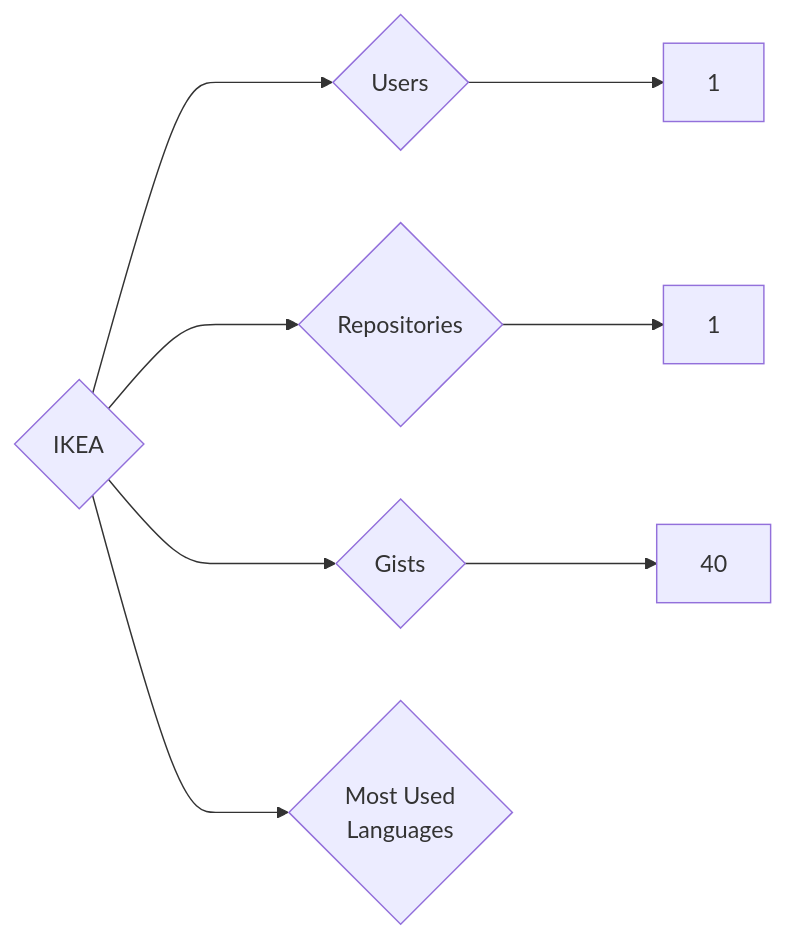
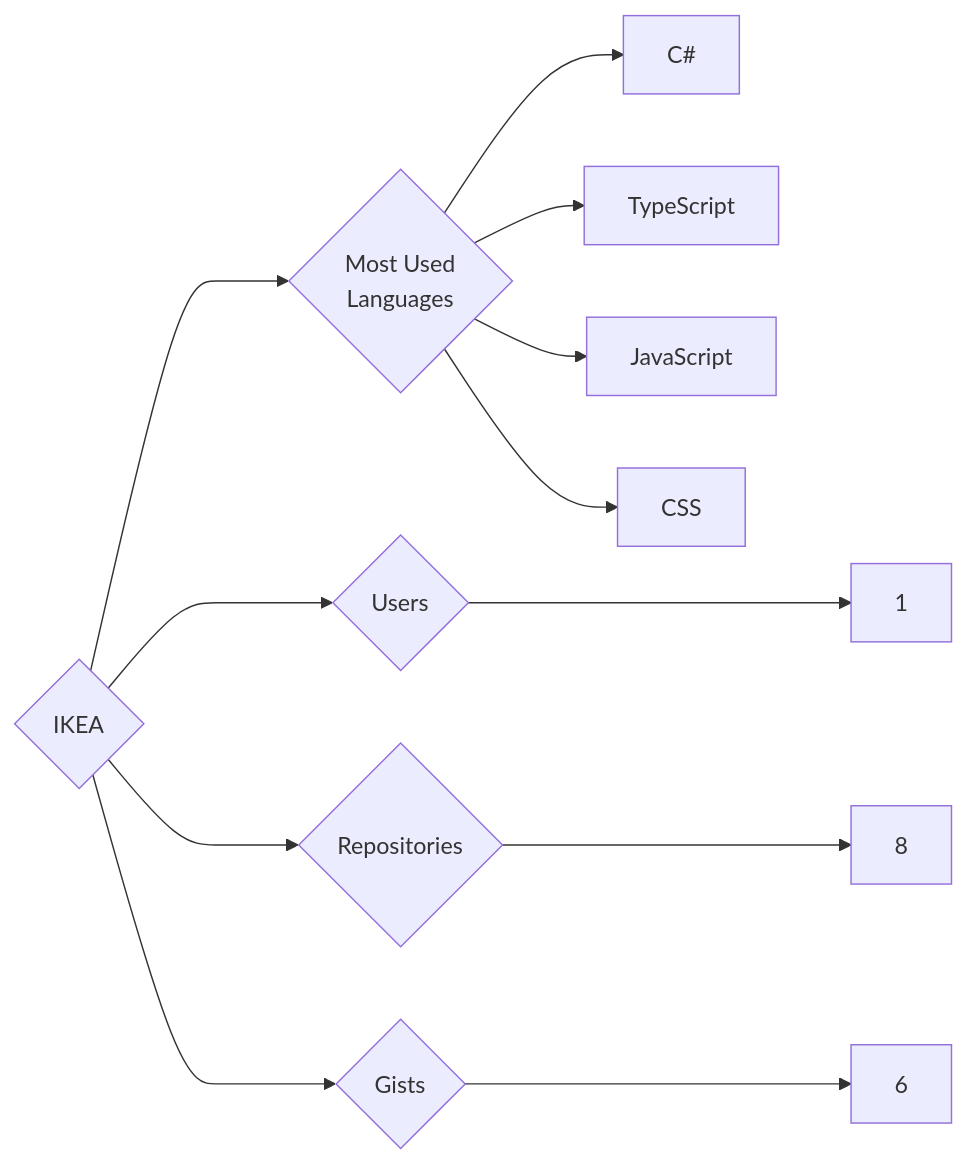
Before and after one commit to trickest/insiders: the diagram in targets/IKEA/README.md, drawn with Mermaid. The commit also changed 1123 other files, not shown here.

````diff
--- a/targets/IKEA/README.md
+++ b/targets/IKEA/README.md
@@ -3,8 +3,12 @@
 ```mermaid
 graph LR
 COMPANY_NAME{IKEA}
 COMPANY_NAME ---> U{Users} ---> UN[1]
-COMPANY_NAME ---> R{Repositories} ---> RN[1]
-COMPANY_NAME ---> G{Gists} ---> GN[40]
+COMPANY_NAME ---> R{Repositories} ---> RN[8]
+COMPANY_NAME ---> G{Gists} ---> GN[6]
 COMPANY_NAME ---> ML{Most Used<br>Languages}
+ML --> C#[C#]
+ML --> TypeScript[TypeScript]
+ML --> JavaScript[JavaScript]
+ML --> CSS[CSS]
 ```
````
